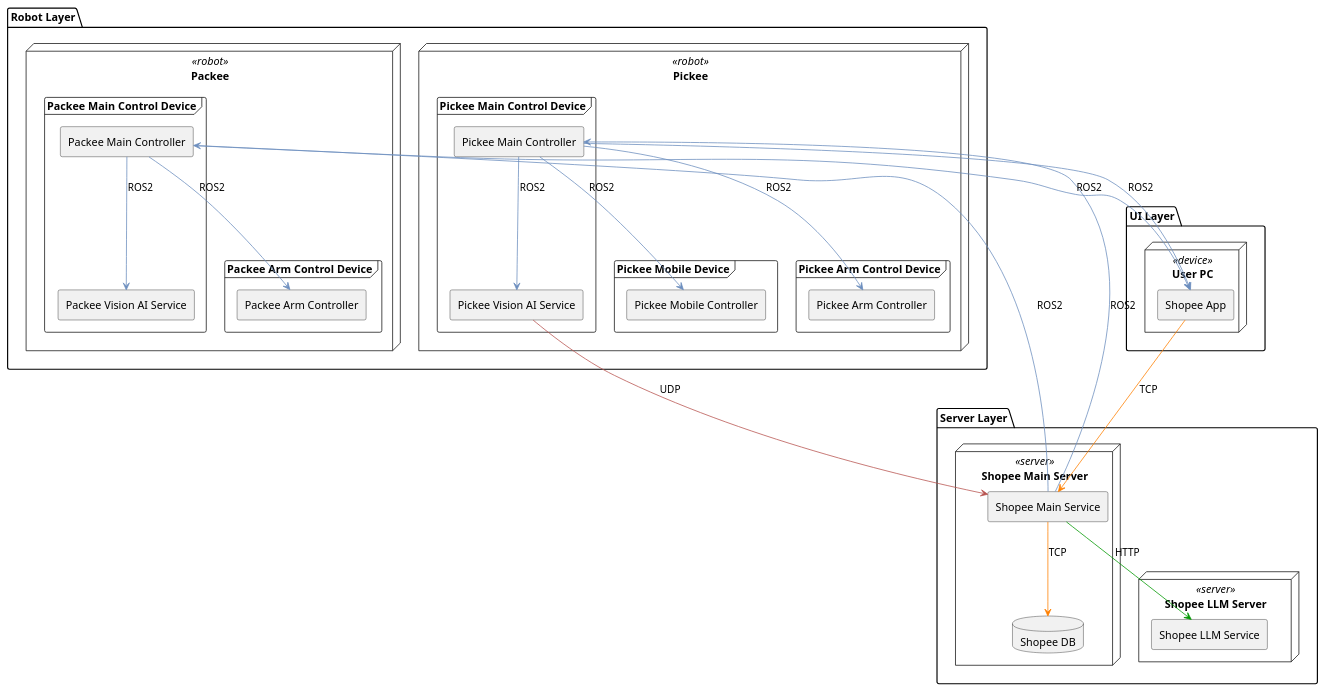
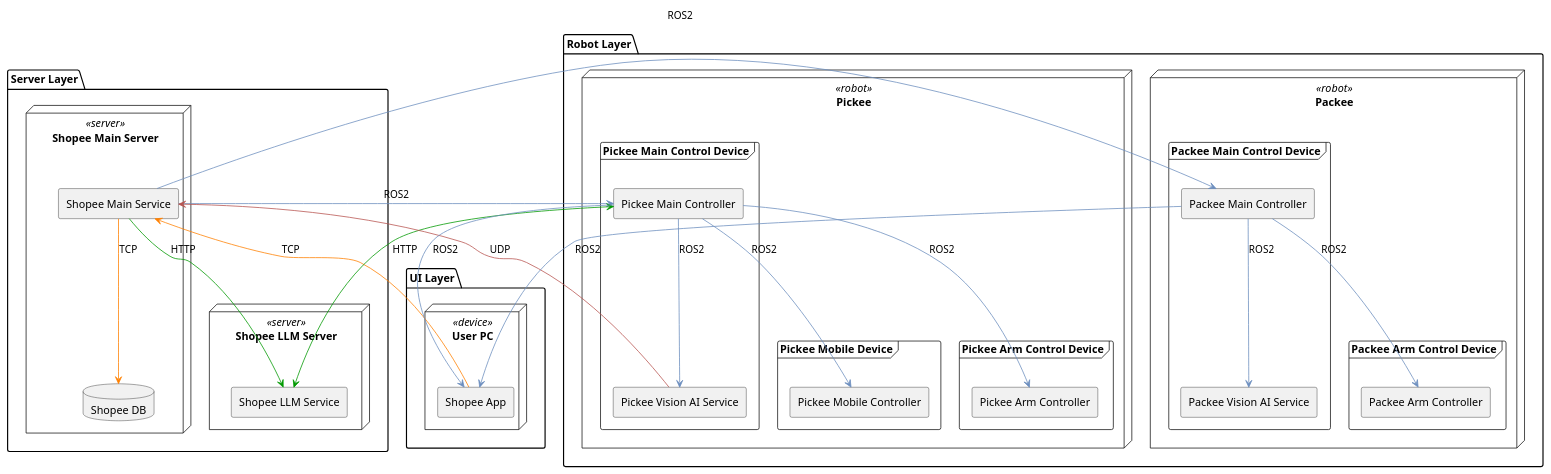
One commit to addinedu-roscamp-7th/roscamp-repo-1 changed the diagram in docs/Architecture/SWArchitecture.md. Above: the diagram before and after it, drawn with PlantUML. The commit also changed 13 other files, not shown here.

````diff
--- a/docs/Architecture/SWArchitecture.md
+++ b/docs/Architecture/SWArchitecture.md
@@ -1,76 +1,77 @@
 ```plantuml
 @startuml Software Architecture
 
 skinparam backgroundColor #FFFFFF
 skinparam componentStyle rectangle
 
 ' UI Layer
 package "UI Layer" {
     node "User PC" <<device>> {
         component [Shopee App] as ShopeeApp
     }
 }
 
 ' Server Layer
 package "Server Layer" {
     node "Shopee Main Server" <<server>> {
         component [Shopee Main Service] as MainService
         database "Shopee DB" as DB
     }
     
     node "Shopee LLM Server" <<server>> {
         component [Shopee LLM Service] as LLMService
     }
 }
 
 ' Robot Layer - Pickee
 package "Robot Layer" {
     node "Pickee" <<robot>> {
         frame "Pickee Main Control Device" {
             component [Pickee Main Controller] as PickeeMainCtrl
             component [Pickee Vision AI Service] as PickeeVision
         }
         
         frame "Pickee Mobile Device" {
             component [Pickee Mobile Controller] as PickeeMobile
         }
         
         frame "Pickee Arm Control Device" {
             component [Pickee Arm Controller] as PickeeArm
         }
     }
     
     ' Robot Layer - Packee
     node "Packee" <<robot>> {
         frame "Packee Main Control Device" {
             component [Packee Main Controller] as PackeeMainCtrl
             component [Packee Vision AI Service] as PackeeVision
         }
         
         frame "Packee Arm Control Device" {
             component [Packee Arm Controller] as PackeeArm
         }
     }
 }
 
 ' Connections
 ShopeeApp -[#FF8000]-> MainService : TCP
 MainService -[#FF8000]-> DB : TCP
 MainService -[#009900]-> LLMService : HTTP
 MainService -[#6c8ebf]-> PickeeMainCtrl : ROS2
 MainService -[#6c8ebf]-> PackeeMainCtrl : ROS2
+PickeeMainCtrl <-[#009900]-> LLMService : HTTP
 PickeeVision -[#b85450]-> MainService : UDP
 PickeeMainCtrl -[#6c8ebf]-> ShopeeApp : ROS2
 PackeeMainCtrl -[#6c8ebf]-> ShopeeApp : ROS2
 
 ' Pickee Internal Connections
 PickeeMainCtrl -[#6c8ebf]-> PickeeVision : ROS2
 PickeeMainCtrl -[#6c8ebf]-> PickeeMobile : ROS2
 PickeeMainCtrl -[#6c8ebf]-> PickeeArm : ROS2
 
 ' Packee Internal Connections
 PackeeMainCtrl -[#6c8ebf]-> PackeeVision : ROS2
 PackeeMainCtrl -[#6c8ebf]-> PackeeArm : ROS2
 
 @enduml
 ```
````
